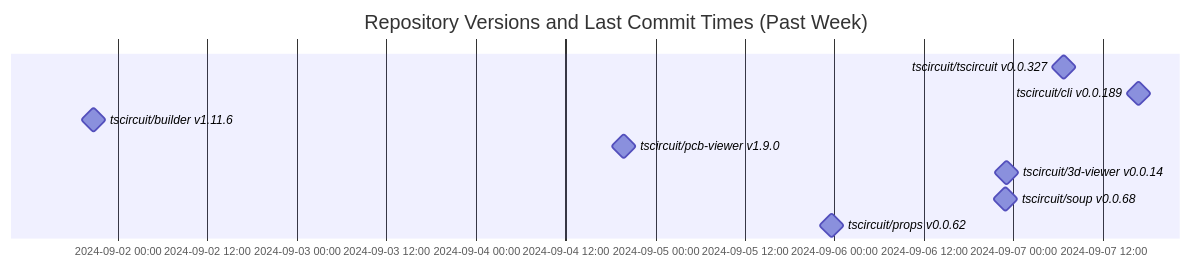
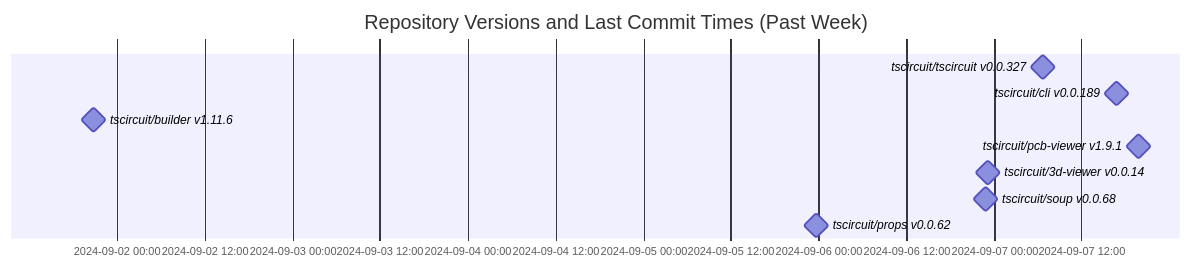
The diagram in README.md (tscircuit/version-tracker), drawn with Mermaid before and after one commit.

Commit message:
Update chart

````diff
--- a/README.md
+++ b/README.md
@@ -1,14 +1,14 @@
 ```mermaid
 gantt
   dateFormat  YYYY-MM-DD HH:mm:ss
   title Repository Versions and Last Commit Times (Past Week)
   axisFormat %Y-%m-%d %H:%M
 
   tscircuit/tscircuit v0.0.327 : milestone, 2024-09-07 06:43:48, 1s
   tscircuit/cli v0.0.189 : milestone, 2024-09-07 16:43:53, 1s
   tscircuit/builder v1.11.6 : milestone, 2024-09-01 20:47:46, 1s
-  tscircuit/pcb-viewer v1.9.0 : milestone, 2024-09-04 19:45:38, 1s
+  tscircuit/pcb-viewer v1.9.1 : milestone, 2024-09-07 19:46:23, 1s
   tscircuit/3d-viewer v0.0.14 : milestone, 2024-09-06 23:07:26, 1s
   tscircuit/soup v0.0.68 : milestone, 2024-09-06 22:51:33, 1s
   tscircuit/props v0.0.62 : milestone, 2024-09-05 23:38:33, 1s
 ```
````
